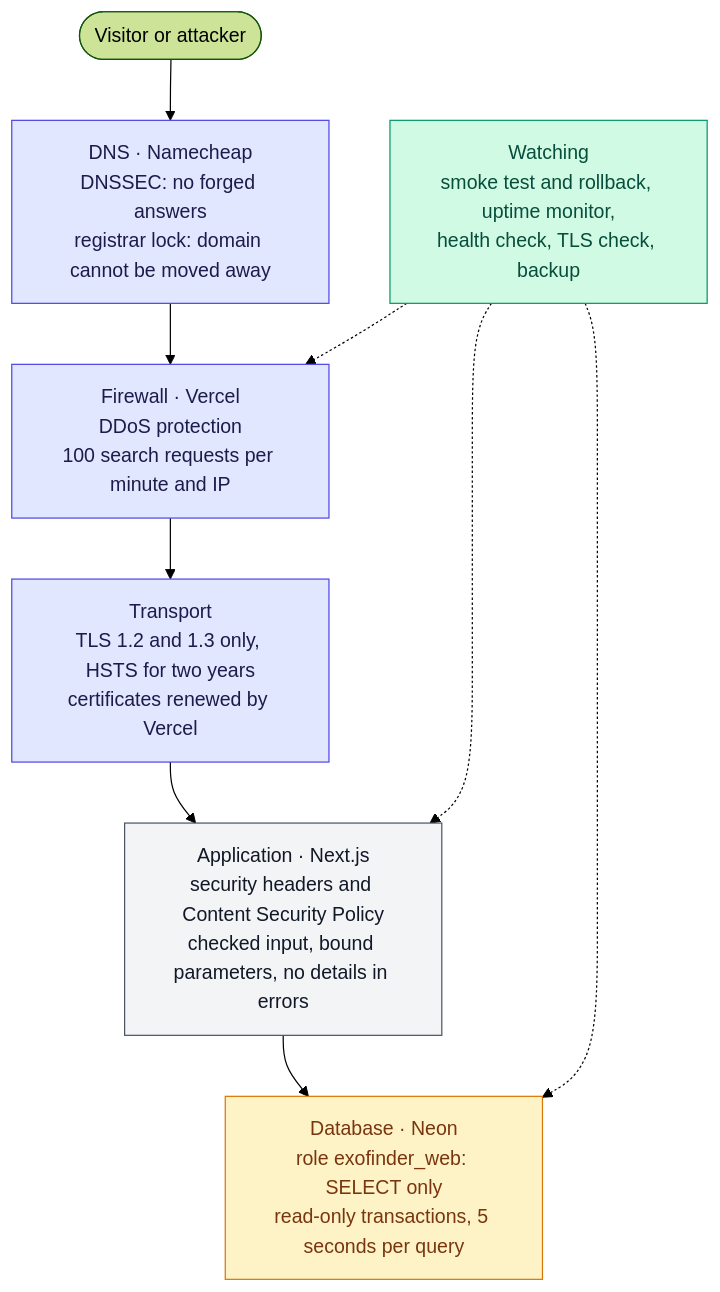
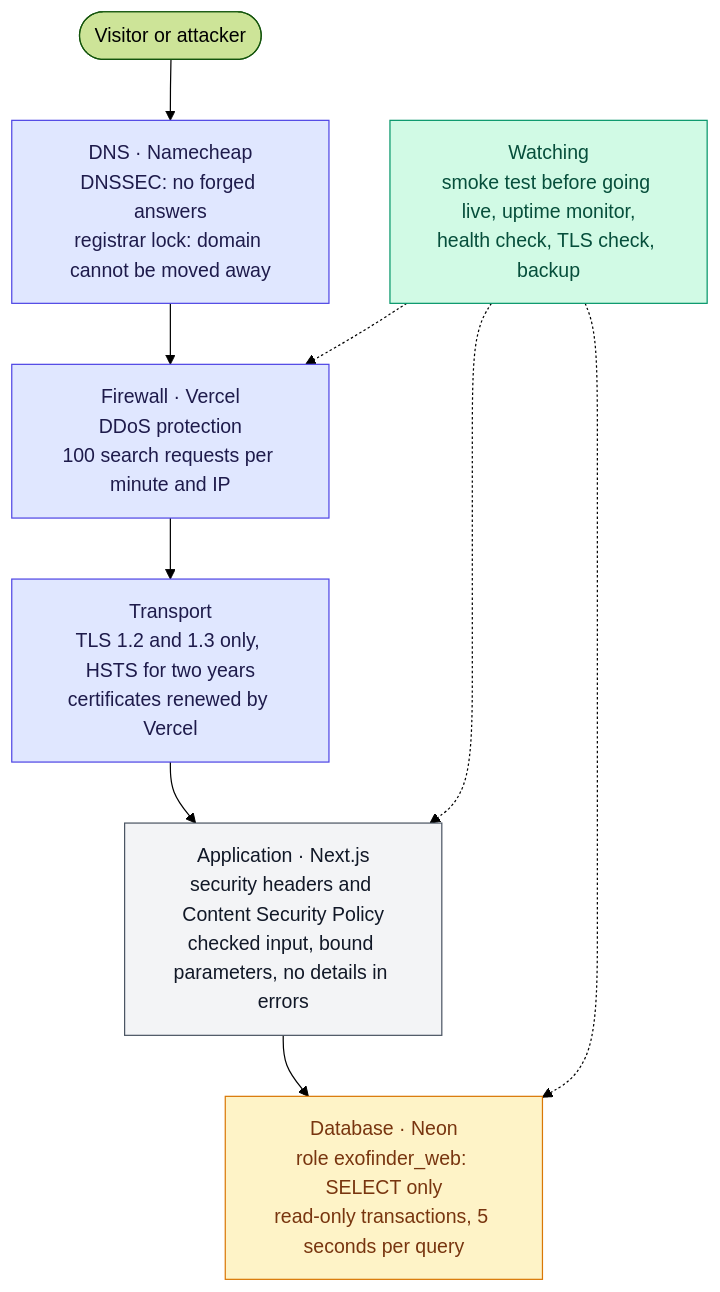
Before and after one commit to tomdevtech/ExoFinder: the first of 5 diagrams in docs/SECURITY.md, drawn with Mermaid (forest theme). The commit also changed other lines of this file and 6 other files, not shown here.

First line of the commit message:
Put a production deployment live only after its smoke test has passed

````diff
--- a/docs/SECURITY.md
+++ b/docs/SECURITY.md
@@ -18,15 +18,15 @@
 ```mermaid
 flowchart TB
     V([Visitor or attacker]) --> L1
     L1["DNS · Namecheap<br>DNSSEC: no forged answers<br>registrar lock: domain cannot be moved away"]:::net
     L1 --> L2["Firewall · Vercel<br>DDoS protection<br>100 search requests per minute and IP"]:::net
     L2 --> L3["Transport<br>TLS 1.2 and 1.3 only, HSTS for two years<br>certificates renewed by Vercel"]:::net
     L3 --> L4["Application · Next.js<br>security headers and Content Security Policy<br>checked input, bound parameters, no details in errors"]:::app
     L4 --> L5["Database · Neon<br>role exofinder_web: SELECT only<br>read-only transactions, 5 seconds per query"]:::db
-    W["Watching<br>smoke test and rollback, uptime monitor,<br>health check, TLS check, backup"]:::watch -.-> L2 & L4 & L5
+    W["Watching<br>smoke test before going live, uptime monitor,<br>health check, TLS check, backup"]:::watch -.-> L2 & L4 & L5
 
     classDef net fill:#e0e7ff,stroke:#4f46e5,color:#1e1b4b
     classDef app fill:#f3f4f6,stroke:#4b5563,color:#111827
     classDef db fill:#fef3c7,stroke:#d97706,color:#78350f
     classDef watch fill:#d1fae5,stroke:#059669,color:#064e3b
 ```
````
